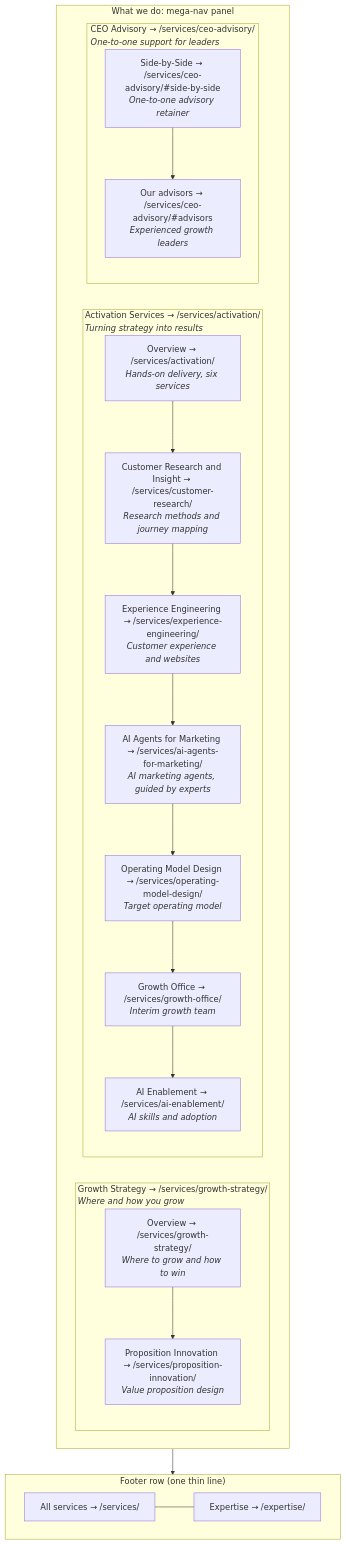
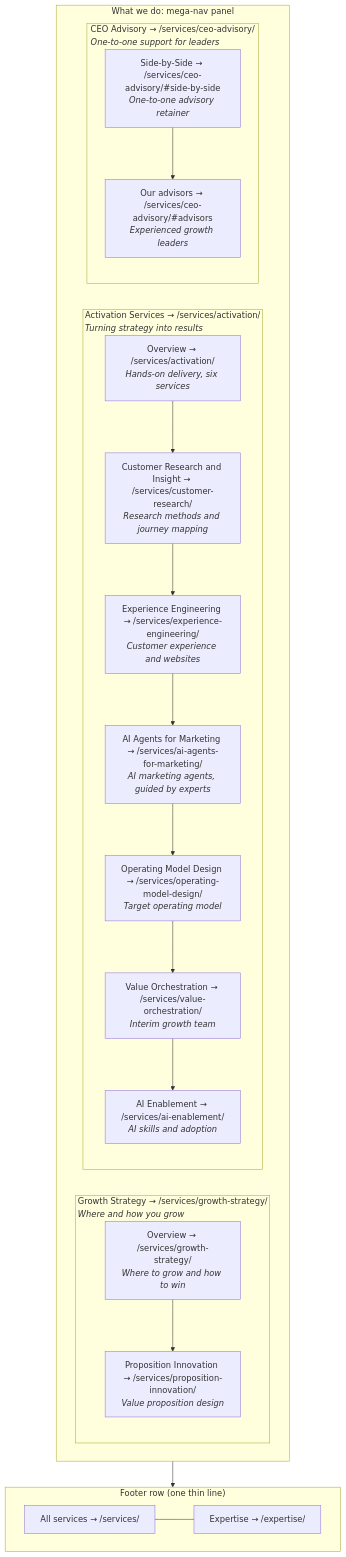
Before and after one commit to gsdd/temp-manifesto-ia: the second of 6 diagrams in docs/diagrams/mega-nav.md, drawn with Mermaid. The commit also changed other lines of this file and 19 other files, not shown here.

````diff
--- a/docs/diagrams/mega-nav.md
+++ b/docs/diagrams/mega-nav.md
@@ -22,41 +22,41 @@
 ```mermaid
 flowchart TB
     subgraph Panel["What we do: mega-nav panel"]
         direction LR
 
         subgraph C1["Growth Strategy → /services/growth-strategy/<br/><i>Where and how you grow</i>"]
             direction TB
             C1o["Overview → /services/growth-strategy/<br/><i>Where to grow and how to win</i>"]
             C1a["Proposition Innovation → /services/proposition-innovation/<br/><i>Value proposition design</i>"]
             C1o --> C1a
         end
 
         subgraph C2["Activation Services → /services/activation/<br/><i>Turning strategy into results</i>"]
             direction TB
             C2o["Overview → /services/activation/<br/><i>Hands-on delivery, six services</i>"]
             C2a["Customer Research and Insight → /services/customer-research/<br/><i>Research methods and journey mapping</i>"]
             C2b["Experience Engineering → /services/experience-engineering/<br/><i>Customer experience and websites</i>"]
             C2c["AI Agents for Marketing → /services/ai-agents-for-marketing/<br/><i>AI marketing agents, guided by experts</i>"]
             C2d["Operating Model Design → /services/operating-model-design/<br/><i>Target operating model</i>"]
-            C2e["Growth Office → /services/growth-office/<br/><i>Interim growth team</i>"]
+            C2e["Value Orchestration → /services/value-orchestration/<br/><i>Interim growth team</i>"]
             C2f["AI Enablement → /services/ai-enablement/<br/><i>AI skills and adoption</i>"]
             C2o --> C2a --> C2b --> C2c --> C2d --> C2e --> C2f
         end
 
         subgraph C3["CEO Advisory → /services/ceo-advisory/<br/><i>One-to-one support for leaders</i>"]
             direction TB
             C3a["Side-by-Side → /services/ceo-advisory/#side-by-side<br/><i>One-to-one advisory retainer</i>"]
             C3b["Our advisors → /services/ceo-advisory/#advisors<br/><i>Experienced growth leaders</i>"]
             C3a --> C3b
         end
     end
 
     subgraph Row["Footer row (one thin line)"]
         direction LR
         R1["All services → /services/"]
         R2["Expertise → /expertise/"]
         R1 --- R2
     end
 
     Panel --> Row
 ```
````
